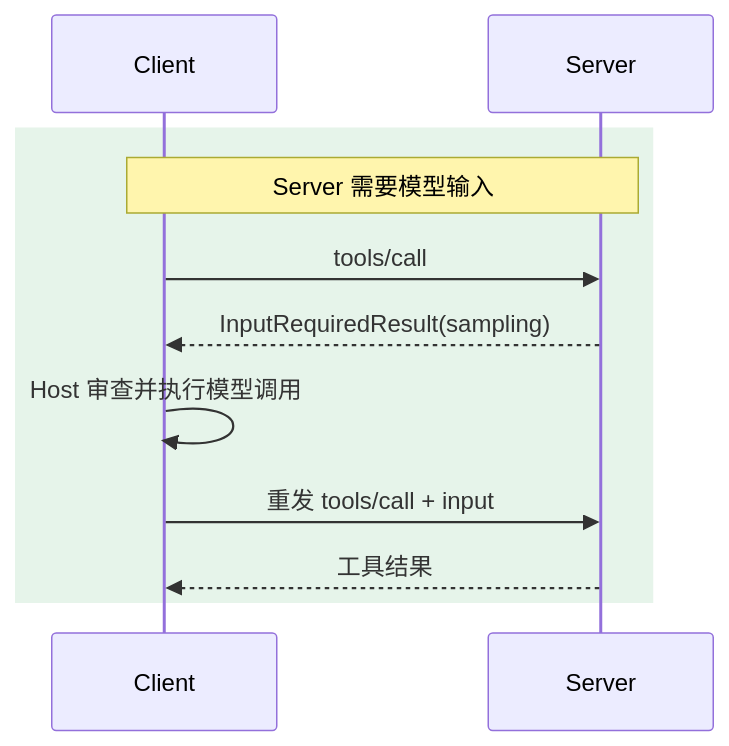
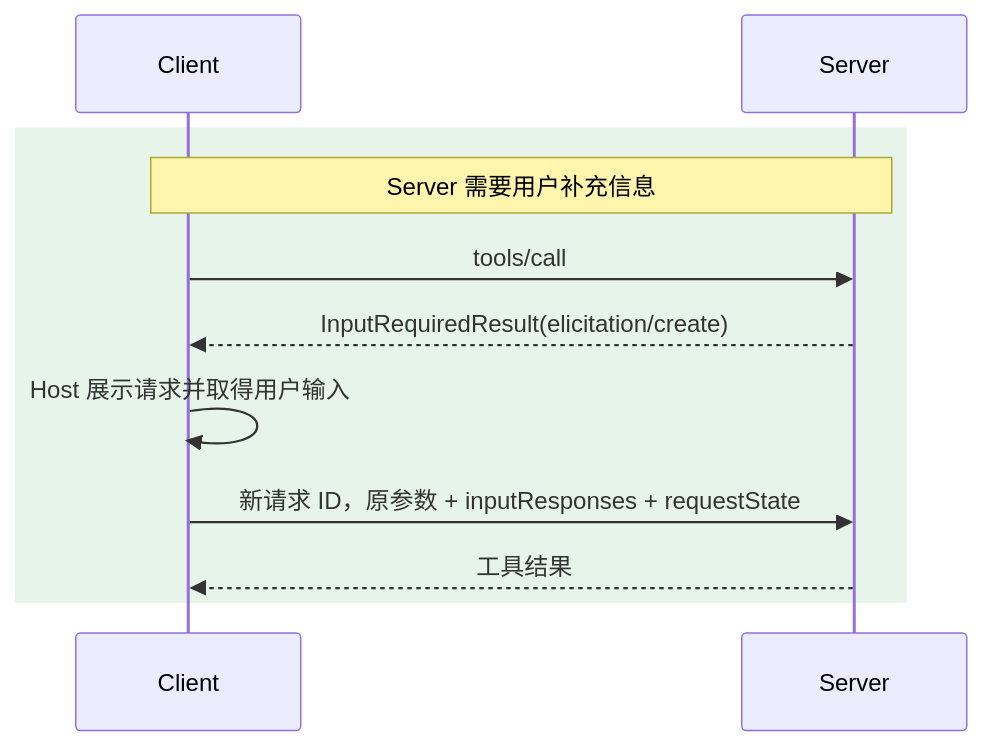
One commit to oneleaveknowsthefall/awesome-ai-roadmap changed the third of 5 diagrams in docs/tools/02-mcp/05-mcp-components.md. Above: the diagram before and after it, drawn with Mermaid. The commit also changed other lines of this file and 50 other files, not shown here.

````diff
--- a/docs/tools/02-mcp/05-mcp-components.md
+++ b/docs/tools/02-mcp/05-mcp-components.md
@@ -123,14 +132,14 @@
 ```mermaid
 sequenceDiagram
     participant C as Client
     participant S as Server
 
     rect rgb(230, 244, 234)
-    Note over C,S: Server 需要模型输入
+    Note over C,S: Server 需要用户补充信息
     C->>S: tools/call
-    S-->>C: InputRequiredResult(sampling)
-    C->>C: Host 审查并执行模型调用
-    C->>S: 重发 tools/call + input
+    S-->>C: InputRequiredResult(elicitation/create)
+    C->>C: Host 展示请求并取得用户输入
+    C->>S: 新请求 ID，原参数 + inputResponses + requestState
     S-->>C: 工具结果
     end
 ```
````
